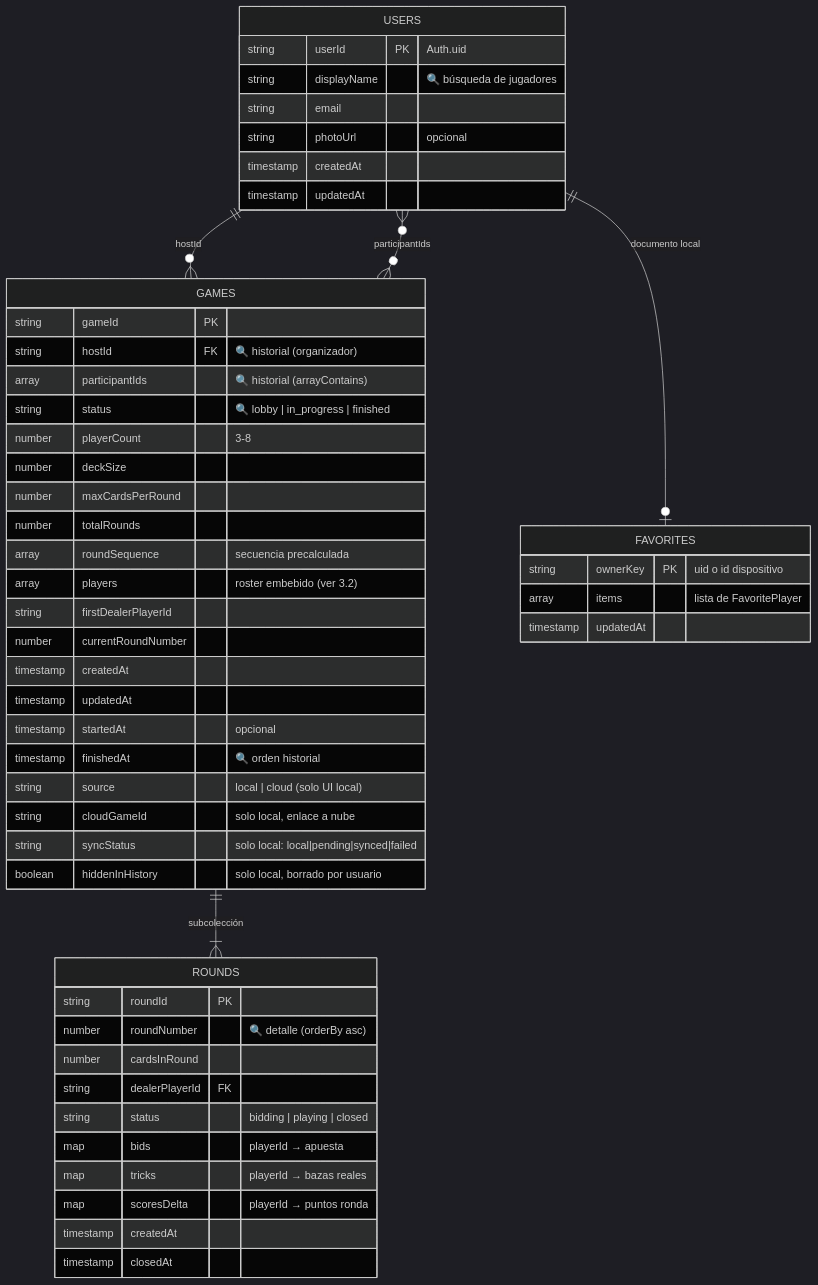
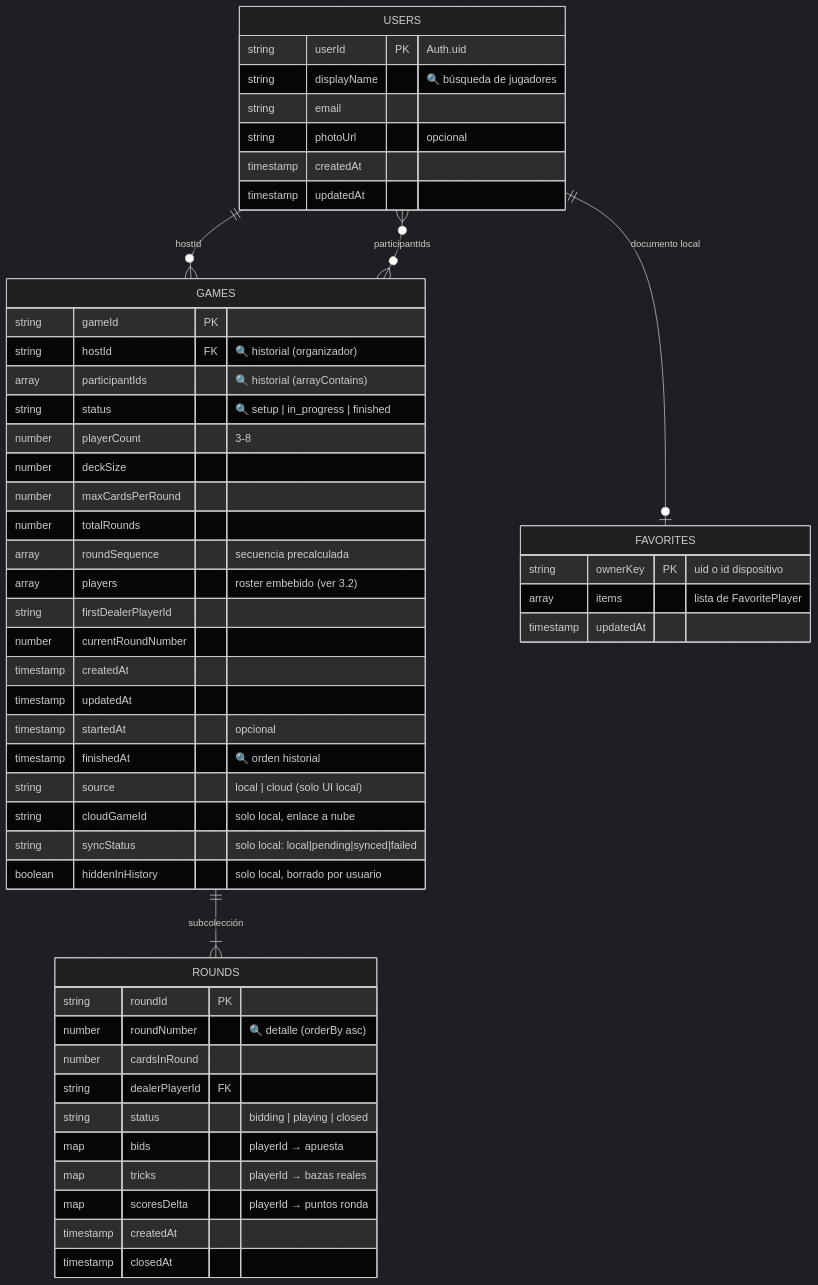
Before and after one commit to LIDR-academy/AI4Devs-finalproject: the third of 3 diagrams in readme.md, drawn with Mermaid (dark theme). The commit also changed other lines of this file and 1 other file, not shown here.

First line of the commit message:
Update README.md and listOfPrompts.md for game status changes

````diff
--- a/readme.md
+++ b/readme.md
@@ -307,58 +316,58 @@
 ```mermaid
 erDiagram
     USERS ||--o{ GAMES : "hostId"
     USERS }o--o{ GAMES : "participantIds"
     GAMES ||--|{ ROUNDS : "subcolección"
     USERS ||--o| FAVORITES : "documento local"
 
     USERS {
         string userId PK "Auth.uid"
         string displayName "🔍 búsqueda de jugadores"
         string email
         string photoUrl "opcional"
         timestamp createdAt
         timestamp updatedAt
     }
 
     GAMES {
         string gameId PK
         string hostId FK "🔍 historial (organizador)"
         array participantIds "🔍 historial (arrayContains)"
-        string status "🔍 lobby | in_progress | finished"
+        string status "🔍 setup | in_progress | finished"
         number playerCount "3-8"
         number deckSize
         number maxCardsPerRound
         number totalRounds
         array roundSequence "secuencia precalculada"
         array players "roster embebido (ver 3.2)"
         string firstDealerPlayerId
         number currentRoundNumber
         timestamp createdAt
         timestamp updatedAt
         timestamp startedAt "opcional"
         timestamp finishedAt "🔍 orden historial"
         string source "local | cloud (solo UI local)"
         string cloudGameId "solo local, enlace a nube"
         string syncStatus "solo local: local|pending|synced|failed"
         boolean hiddenInHistory "solo local, borrado por usuario"
     }
 
     ROUNDS {
         string roundId PK
         number roundNumber "🔍 detalle (orderBy asc)"
         number cardsInRound
         string dealerPlayerId FK
         string status "bidding | playing | closed"
         map bids "playerId → apuesta"
         map tricks "playerId → bazas reales"
         map scoresDelta "playerId → puntos ronda"
         timestamp createdAt
         timestamp closedAt
     }
 
     FAVORITES {
         string ownerKey PK "uid o id dispositivo"
         array items "lista de FavoritePlayer"
         timestamp updatedAt
     }
 ```
````
